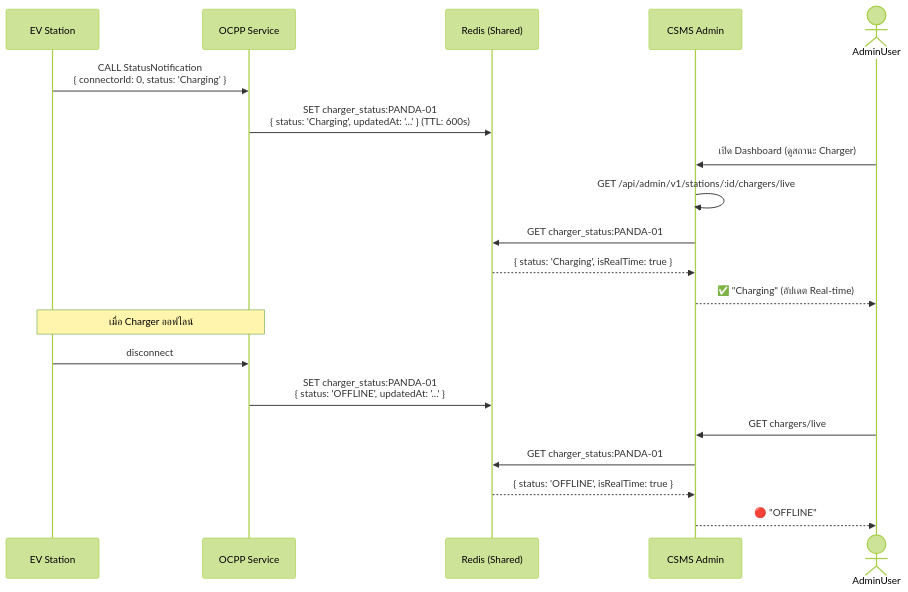
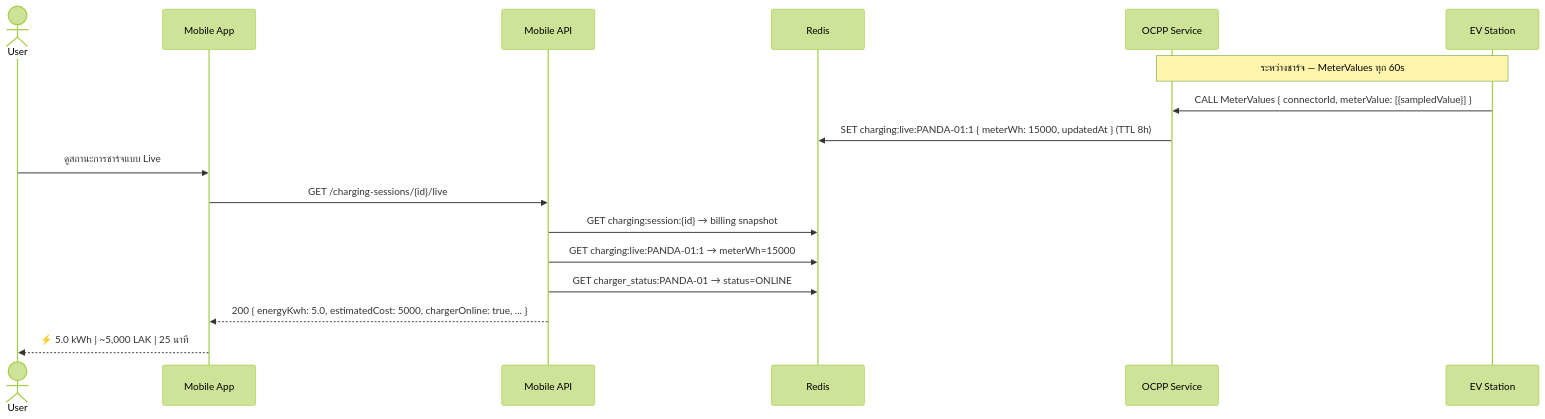
The sixth of 8 diagrams in docs/ev-charging-architecture.md (kothsada/ev-charge-my-projects), drawn with Mermaid (forest theme) before and after one commit. The commit also changed other lines of this file and 49 other files, not shown here.

````diff
--- a/docs/ev-charging-architecture.md
+++ b/docs/ev-charging-architecture.md
@@ -558,26 +648,21 @@
 ```mermaid
 sequenceDiagram
+    actor User
+    participant App as Mobile App
+    participant Mobile as Mobile API
+    participant Redis as Redis
+    participant OCPP as OCPP Service
     participant Station as EV Station
-    participant OCPP as OCPP Service
-    participant Redis as Redis (Shared)
-    participant Admin as CSMS Admin
-    actor AdminUser
 
-    Station->>OCPP: CALL StatusNotification<br/>{ connectorId: 0, status: 'Charging' }
-    OCPP->>Redis: SET charger_status:PANDA-01<br/>{ status: 'Charging', updatedAt: '...' } (TTL: 600s)
+    Note over Station,OCPP: ระหว่างชาร์จ — MeterValues ทุก 60s
+    Station->>OCPP: CALL MeterValues { connectorId, meterValue: [{sampledValue}] }
+    OCPP->>Redis: SET charging:live:PANDA-01:1 { meterWh: 15000, updatedAt } (TTL 8h)
 
-    AdminUser->>Admin: เปิด Dashboard (ดูสถานะ Charger)
-    Admin->>Admin: GET /api/admin/v1/stations/:id/chargers/live
-    Admin->>Redis: GET charger_status:PANDA-01
-    Redis-->>Admin: { status: 'Charging', isRealTime: true }
-    Admin-->>AdminUser: ✅ "Charging" (อัปเดต Real-time)
-
-    Note over Station,OCPP: เมื่อ Charger ออฟไลน์
-    Station->>OCPP: disconnect
-    OCPP->>Redis: SET charger_status:PANDA-01<br/>{ status: 'OFFLINE', updatedAt: '...' }
-
-    AdminUser->>Admin: GET chargers/live
-    Admin->>Redis: GET charger_status:PANDA-01
-    Redis-->>Admin: { status: 'OFFLINE', isRealTime: true }
-    Admin-->>AdminUser: 🔴 "OFFLINE"
+    User->>App: ดูสถานะการชาร์จแบบ Live
+    App->>Mobile: GET /charging-sessions/{id}/live
+    Mobile->>Redis: GET charging:session:{id} → billing snapshot
+    Mobile->>Redis: GET charging:live:PANDA-01:1 → meterWh=15000
+    Mobile->>Redis: GET charger_status:PANDA-01 → status=ONLINE
+    Mobile-->>App: 200 { energyKwh: 5.0, estimatedCost: 5000, chargerOnline: true, ... }
+    App-->>User: ⚡ 5.0 kWh | ~5,000 LAK | 25 นาที
 ```
````
